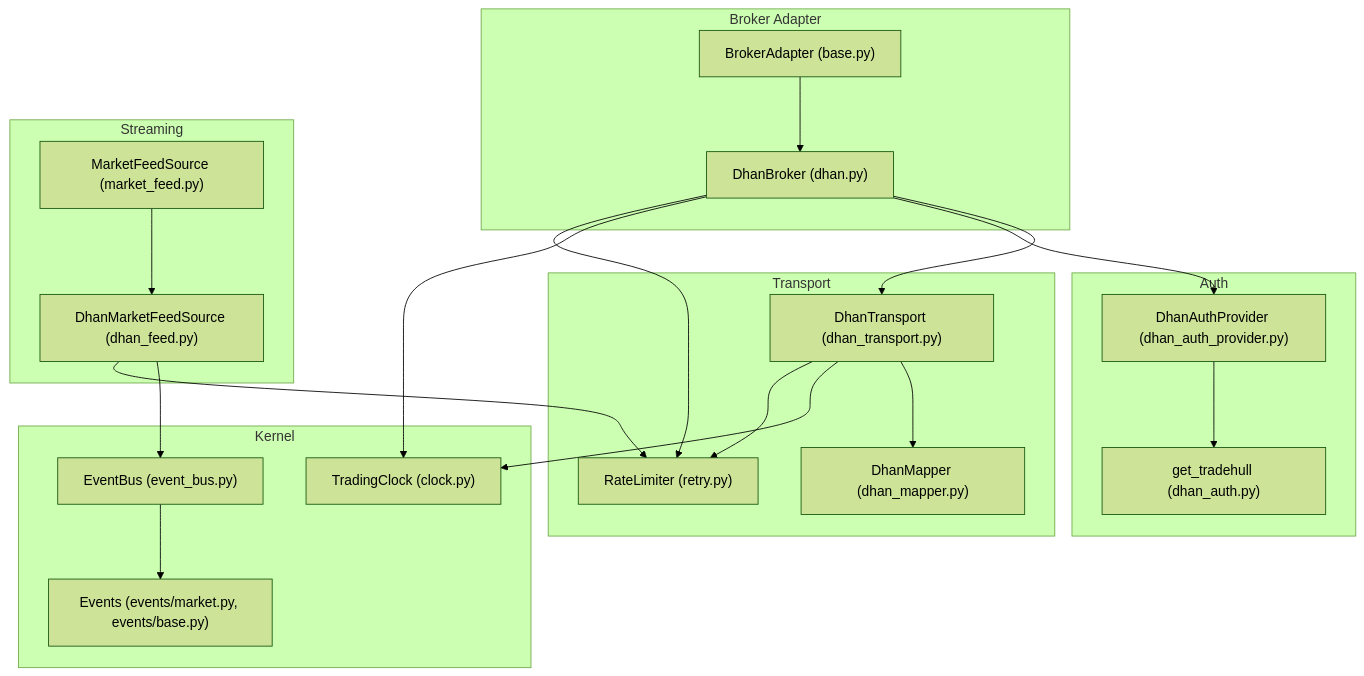
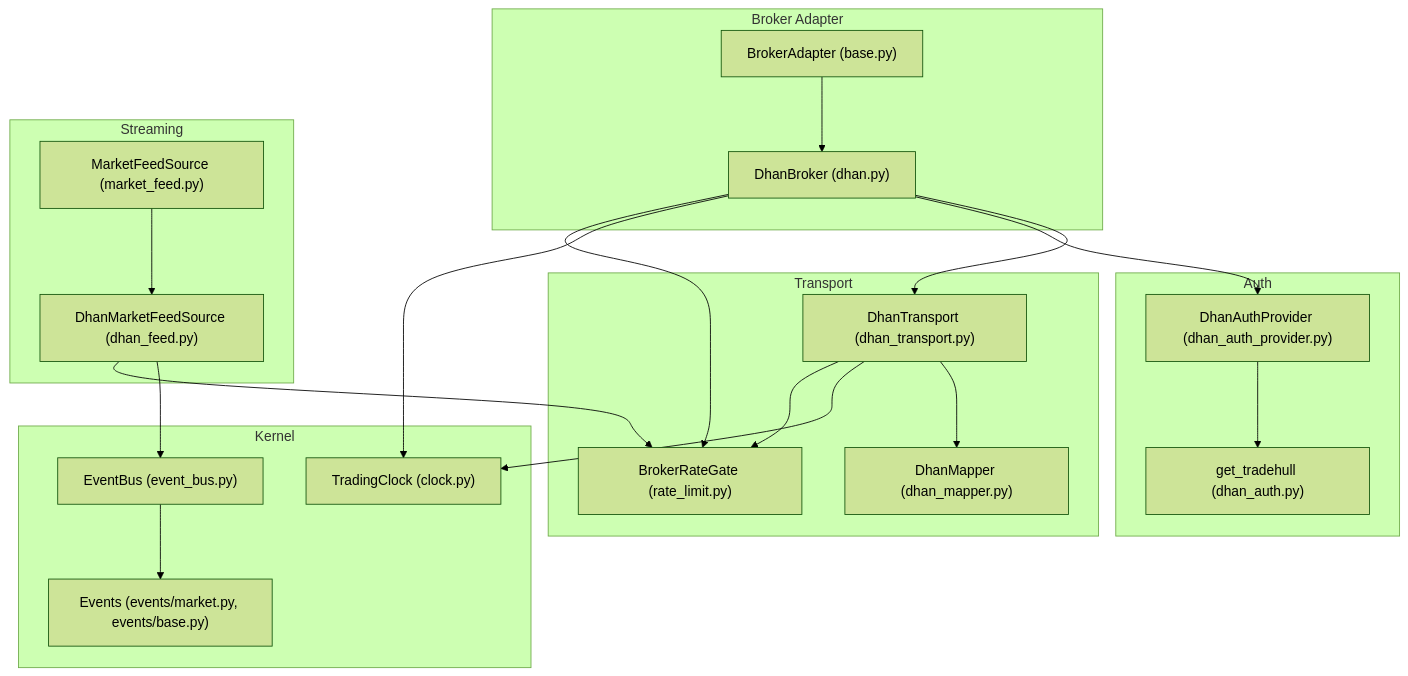
Before and after one commit to Ganesh-Kusundal/nTrade: the first of 12 diagrams in .qoder/repowiki/en/content/Broker Integration/Transport Layer & Connectivity.md, drawn with Mermaid (forest theme). The commit also changed other lines of this file and 203 other files, not shown here.

First line of the commit message:
review findings sweep: depth retry, LTP failure guard, stale-refresh fix, rate-gate blocked heuristic

````diff
--- a/.qoder/repowiki/en/content/Broker Integration/Transport Layer & Connectivity.md
+++ b/.qoder/repowiki/en/content/Broker Integration/Transport Layer & Connectivity.md
@@ -65,38 +68,38 @@
 ```mermaid
 graph TB
 subgraph "Broker Adapter"
 BA["BrokerAdapter (base.py)"]
 DB["DhanBroker (dhan.py)"]
 end
 subgraph "Transport"
 DT["DhanTransport (dhan_transport.py)"]
 DM["DhanMapper (dhan_mapper.py)"]
-RL["RateLimiter (retry.py)"]
+BRG["BrokerRateGate (rate_limit.py)"]
 end
 subgraph "Auth"
 AP["DhanAuthProvider (dhan_auth_provider.py)"]
 AU["get_tradehull (dhan_auth.py)"]
 end
 subgraph "Streaming"
 MF["MarketFeedSource (market_feed.py)"]
 DF["DhanMarketFeedSource (dhan_feed.py)"]
 end
 subgraph "Kernel"
 EB["EventBus (event_bus.py)"]
 EV["Events (events/market.py, events/base.py)"]
 CL["TradingClock (clock.py)"]
 end
 BA --> DB
 DB --> DT
 DT --> DM
 DB --> AP
 AP --> AU
 MF --> DF
 DF --> EB
 EB --> EV
 DB --> CL
 DT --> CL
-DB --> RL
-DT --> RL
-DF --> RL
+DB --> BRG
+DT --> BRG
+DF --> BRG
 ```
````
